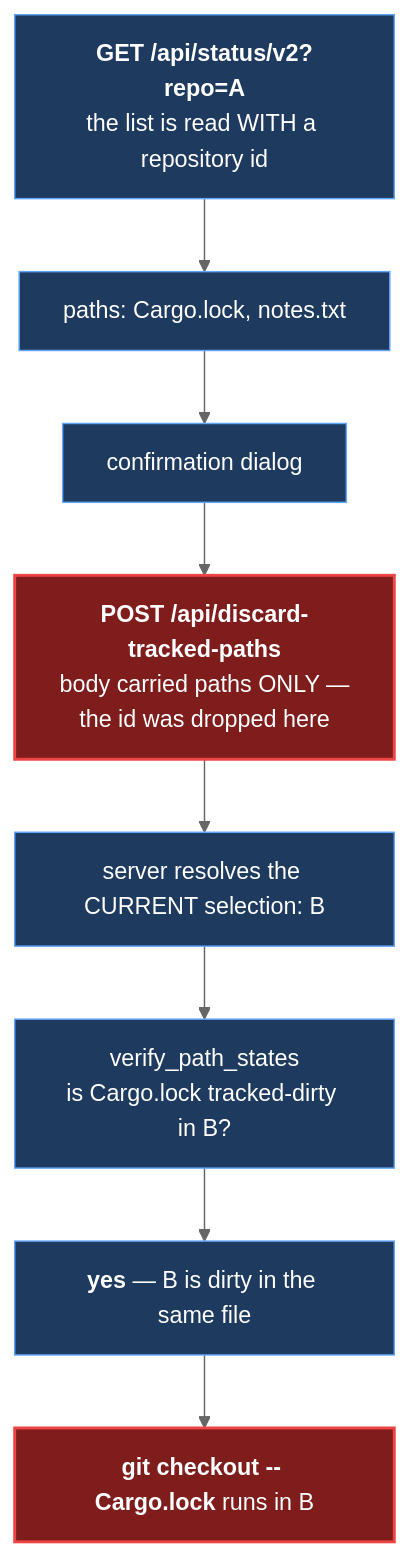
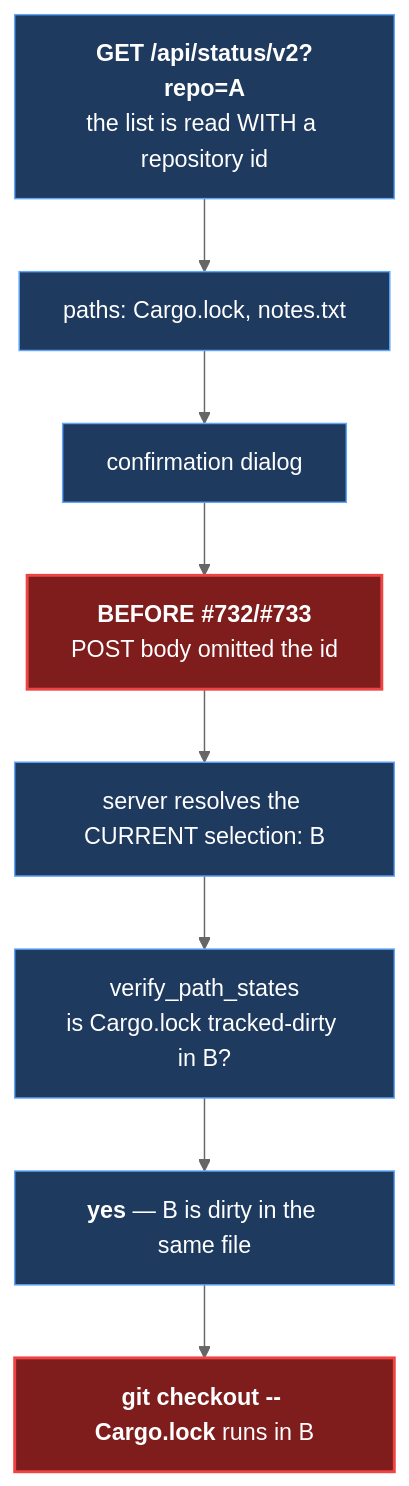
Before and after one commit to tom2025b/git-vista: the first of 3 diagrams in docs/adr/0140-a-destructive-write-carries-the-repository-it-was-built-against.md, drawn with Mermaid (neutral theme). The commit also changed other lines of this file and 3 other files, not shown here.

````diff
--- a/docs/adr/0140-a-destructive-write-carries-the-repository-it-was-built-against.md
+++ b/docs/adr/0140-a-destructive-write-carries-the-repository-it-was-built-against.md
@@ -25,15 +25,15 @@
 ```mermaid
 flowchart TD
   R["<b>GET /api/status/v2?repo=A</b><br/>the list is read WITH a repository id"] --> L["paths: Cargo.lock, notes.txt"]
   L --> C["confirmation dialog"]
-  C --> P["<b>POST /api/discard-tracked-paths</b><br/>body carried paths ONLY —<br/>the id was dropped here"]
+  C --> P["<b>BEFORE #732/#733</b><br/>POST body omitted the id"]
   P --> S["server resolves the CURRENT selection: B"]
   S --> V["verify_path_states<br/>is Cargo.lock tracked-dirty in B?"]
   V --> Y["<b>yes</b> — B is dirty in the same file"]
   Y --> X["<b>git checkout -- Cargo.lock</b> runs in B"]
 
   classDef gap fill:#7f1d1d,color:#ffffff,stroke:#ef4444,stroke-width:2px
   classDef ok fill:#1e3a5f,color:#ffffff,stroke:#60a5fa,stroke-width:1px
   class P,X gap
   class R,L,C,S,V,Y ok
 ```
````
